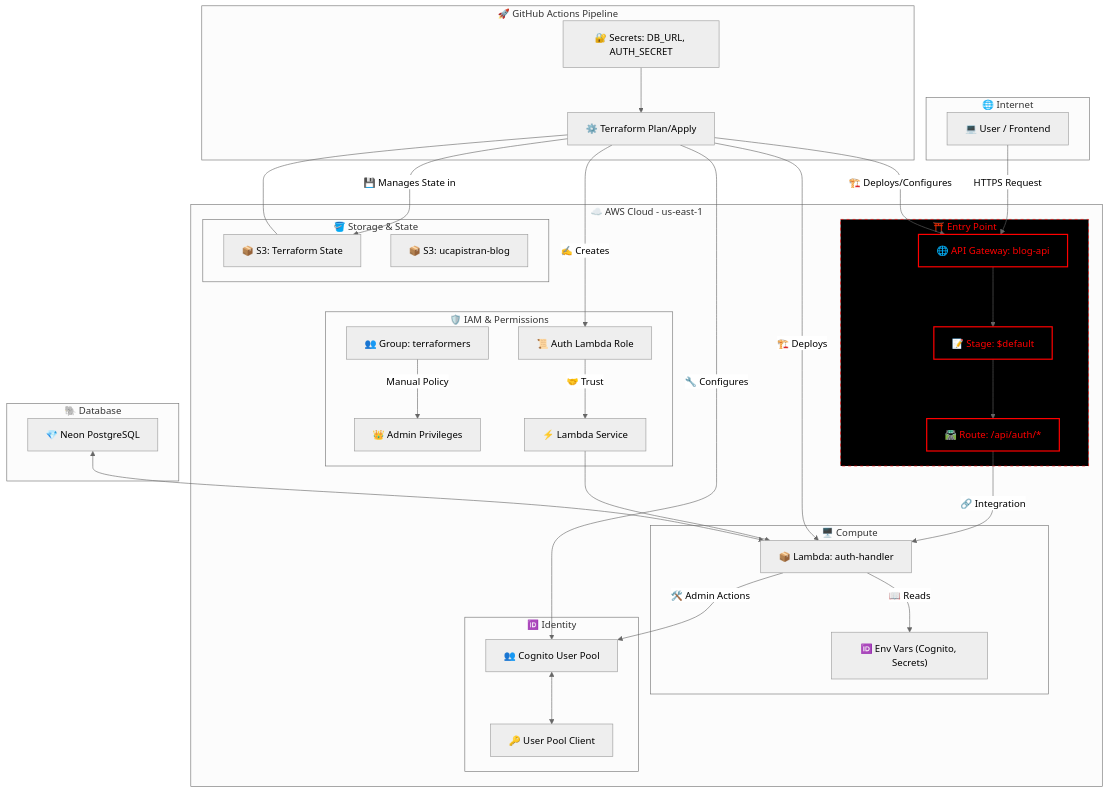
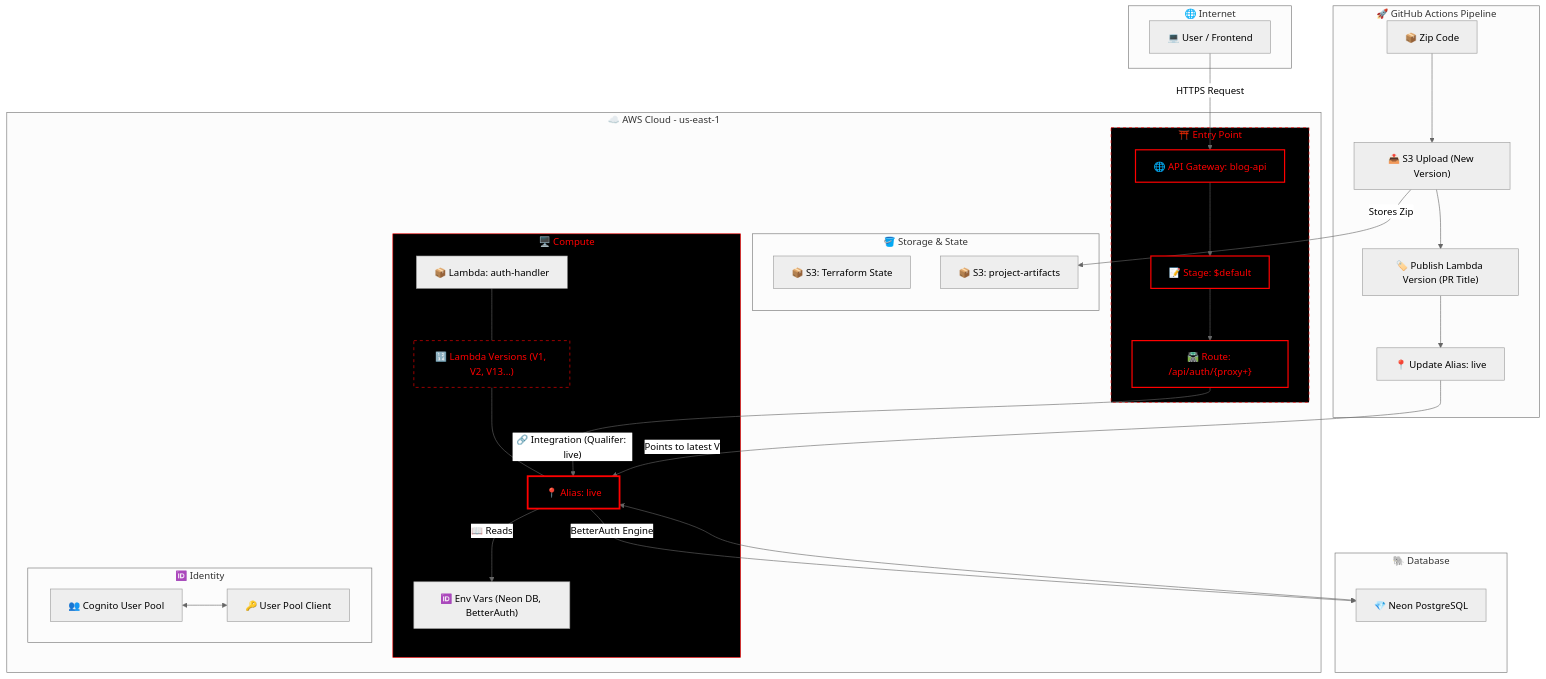
The diagram in README.md (capistran-lab/blog-iac), drawn with Mermaid (neutral theme) before and after one commit.

````diff
--- a/README.md
+++ b/README.md
@@ -34,61 +34,64 @@
 ```mermaid
 graph TD
     subgraph External_User [🌐 Internet]
         User["💻 User / Frontend"]
     end
 
     subgraph GitHub_Actions [🚀 GitHub Actions Pipeline]
-        A["🔐 Secrets: DB_URL, AUTH_SECRET"] --> B["⚙️ Terraform Plan/Apply"]
+        GA_ZIP["📦 Zip Code"] --> GA_S3["📤 S3 Upload (New Version)"]
+        GA_S3 --> GA_PUB["🏷️ Publish Lambda Version (PR Title)"]
+        GA_PUB --> GA_ALIAS["📍 Update Alias: live"]
     end
 
     subgraph AWS_Cloud [☁️ AWS Cloud - us-east-1]
 
         subgraph Gateway_Layer [⛩️ Entry Point]
             GW["🌐 API Gateway: blog-api"]
             ST["📝 Stage: $default"]
-            RT["🛣️ Route: /api/auth/*"]
+            RT["🛣️ Route: /api/auth/{proxy+}"]
 
             GW --> ST
             ST --> RT
         end
 
         subgraph Storage_Layer [🪣 Storage & State]
-            S1["📦 S3: Terraform State"] --- B
-            S2["📦 S3: ucapistran-blog"]
-        end
-
-        subgraph IAM_Control [🛡️ IAM & Permissions]
-            C["👥 Group: terraformers"] -- "Manual Policy" --> D["👑 Admin Privileges"]
-            E["📜 Auth Lambda Role"] -- "🤝 Trust" --> F["⚡ Lambda Service"]
+            S1["📦 S3: Terraform State"]
+            S3_ART["📦 S3: project-artifacts"]
         end
 
         subgraph Compute_Layer [🖥️ Compute]
-            F --> G["📦 Lambda: auth-handler"]
-            G -- "📖 Reads" --> H["🆔 Env Vars (Cognito, Secrets)"]
+            L_FUNC["📦 Lambda: auth-handler"]
+            L_VER["🔢 Lambda Versions (V1, V2, V13...)"]
+            L_ALIAS["📍 Alias: live"]
+
+            L_FUNC --- L_VER
+            L_VER --- L_ALIAS
+            L_ALIAS -- "📖 Reads" --> H["🆔 Env Vars (Neon DB, BetterAuth)"]
         end
 
         subgraph Auth_Identity [🆔 Identity]
             I["👥 Cognito User Pool"] <--> J["🔑 User Pool Client"]
-            G -- "🛠️ Admin Actions" --> I
         end
 
-        RT -- "🔗 Integration" --> G
+        RT -- "🔗 Integration (Qualifer: live)" --> L_ALIAS
     end
 
     subgraph External [🐘 Database]
-        K["💎 Neon PostgreSQL"] <--> G
+        K["💎 Neon PostgreSQL"] <--> L_ALIAS
     end
 
+    %% Relaciones de flujo
     User -- "HTTPS Request" --> GW
-    B -- "🏗️ Deploys/Configures" --> GW
-    B -- "🏗️ Deploys" --> G
-    B -- "🔧 Configures" --> I
-    B -- "✍️ Creates" --> E
-    B -- "💾 Manages State in" --> S1
+    GA_S3 -- "Stores Zip" --> S3_ART
+    GA_ALIAS -- "Points to latest V" --> L_ALIAS
+    L_ALIAS -- "BetterAuth Engine" --> K
 
     %% Estilo DARK con bordes y letras rojas
     style GW fill:#000,stroke:#ff0000,stroke-width:2px,color:#ff0000
     style ST fill:#000,stroke:#ff0000,stroke-width:2px,color:#ff0000
     style RT fill:#000,stroke:#ff0000,stroke-width:2px,color:#ff0000
+    style L_ALIAS fill:#000,stroke:#ff0000,stroke-width:3px,color:#ff0000
+    style L_VER fill:#000,stroke:#ff0000,stroke-width:1px,color:#ff0000,stroke-dasharray: 5 5
     style Gateway_Layer fill:#000,stroke:#ff0000,stroke-width:1px,stroke-dasharray: 5 5,color:#ff0000
+    style Compute_Layer fill:#000,stroke:#ff0000,stroke-width:1px,color:#ff0000
 ```
````
